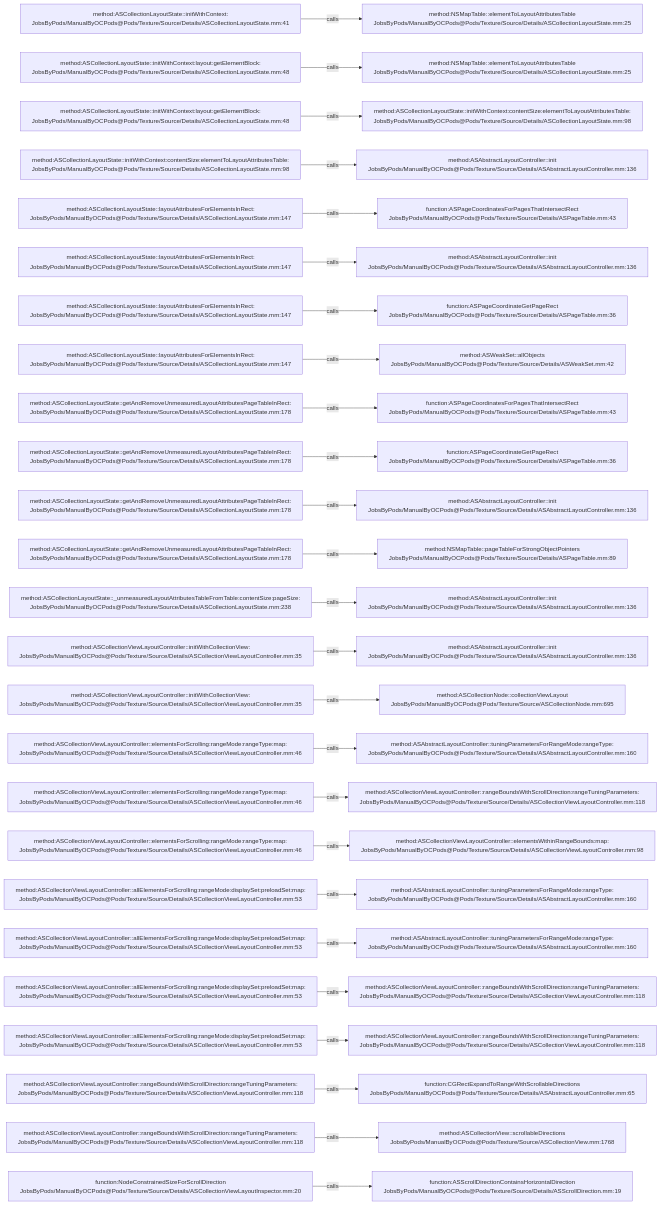
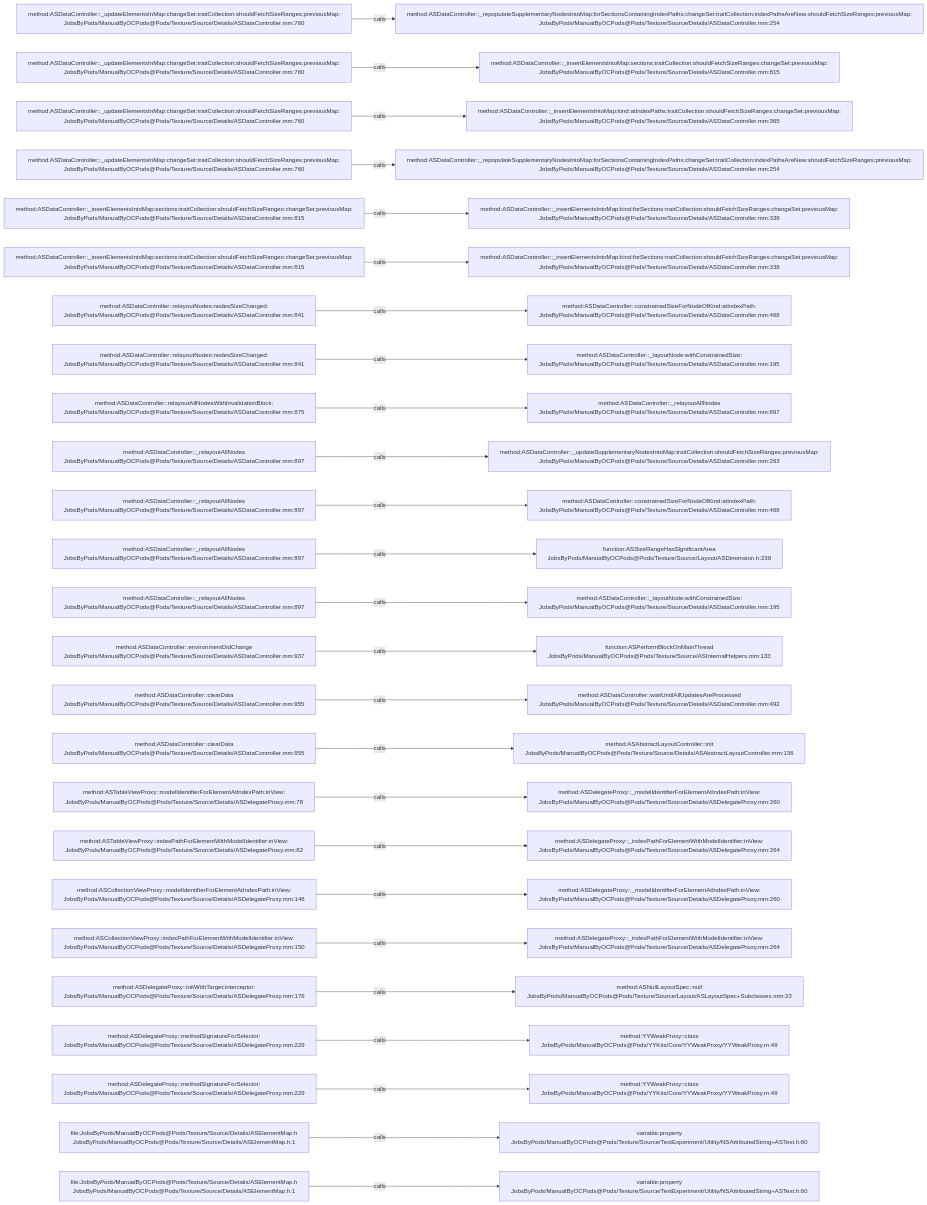
One commit to JobsKits/JobsOCBaseConfigDemo changed the diagram in .codegraph/codegraph.md/graphs/calls-154.md. Above: the diagram before and after it, drawn with Mermaid. The commit also changed 1353 other files, not shown here.

````diff
--- a/.codegraph/codegraph.md/graphs/calls-154.md
+++ b/.codegraph/codegraph.md/graphs/calls-154.md
@@ -13,78 +13,78 @@
 ```mermaid
 flowchart LR
-  S1["method:ASCollectionLayoutState::initWithContext:<br/>JobsByPods/ManualByOCPods@Pods/Texture/Source/Details/ASCollectionLayoutState.mm:41"]
-  T1["method:NSMapTable::elementToLayoutAttributesTable<br/>JobsByPods/ManualByOCPods@Pods/Texture/Source/Details/ASCollectionLayoutState.mm:25"]
+  S1["method:ASDataController::_updateElementsInMap:changeSet:traitCollection:shouldFetchSizeRanges:previousMap:<br/>JobsByPods/ManualByOCPods@Pods/Texture/Source/Details/ASDataController.mm:760"]
+  T1["method:ASDataController::_repopulateSupplementaryNodesIntoMap:forSectionsContainingIndexPaths:changeSet:traitCollection:indexPathsAreNew:shouldFetchSizeRanges:previousMap:<br/>JobsByPods/ManualByOCPods@Pods/Texture/Source/Details/ASDataController.mm:254"]
   S1 -->|calls| T1
-  S2["method:ASCollectionLayoutState::initWithContext:layout:getElementBlock:<br/>JobsByPods/ManualByOCPods@Pods/Texture/Source/Details/ASCollectionLayoutState.mm:48"]
-  T2["method:NSMapTable::elementToLayoutAttributesTable<br/>JobsByPods/ManualByOCPods@Pods/Texture/Source/Details/ASCollectionLayoutState.mm:25"]
+  S2["method:ASDataController::_updateElementsInMap:changeSet:traitCollection:shouldFetchSizeRanges:previousMap:<br/>JobsByPods/ManualByOCPods@Pods/Texture/Source/Details/ASDataController.mm:760"]
+  T2["method:ASDataController::_insertElementsIntoMap:sections:traitCollection:shouldFetchSizeRanges:changeSet:previousMap:<br/>JobsByPods/ManualByOCPods@Pods/Texture/Source/Details/ASDataController.mm:815"]
   S2 -->|calls| T2
-  S3["method:ASCollectionLayoutState::initWithContext:layout:getElementBlock:<br/>JobsByPods/ManualByOCPods@Pods/Texture/Source/Details/ASCollectionLayoutState.mm:48"]
-  T3["method:ASCollectionLayoutState::initWithContext:contentSize:elementToLayoutAttributesTable:<br/>JobsByPods/ManualByOCPods@Pods/Texture/Source/Details/ASCollectionLayoutState.mm:98"]
+  S3["method:ASDataController::_updateElementsInMap:changeSet:traitCollection:shouldFetchSizeRanges:previousMap:<br/>JobsByPods/ManualByOCPods@Pods/Texture/Source/Details/ASDataController.mm:760"]
+  T3["method:ASDataController::_insertElementsIntoMap:kind:atIndexPaths:traitCollection:shouldFetchSizeRanges:changeSet:previousMap:<br/>JobsByPods/ManualByOCPods@Pods/Texture/Source/Details/ASDataController.mm:365"]
   S3 -->|calls| T3
-  S4["method:ASCollectionLayoutState::initWithContext:contentSize:elementToLayoutAttributesTable:<br/>JobsByPods/ManualByOCPods@Pods/Texture/Source/Details/ASCollectionLayoutState.mm:98"]
-  T4["method:ASAbstractLayoutController::init<br/>JobsByPods/ManualByOCPods@Pods/Texture/Source/Details/ASAbstractLayoutController.mm:136"]
+  S4["method:ASDataController::_updateElementsInMap:changeSet:traitCollection:shouldFetchSizeRanges:previousMap:<br/>JobsByPods/ManualByOCPods@Pods/Texture/Source/Details/ASDataController.mm:760"]
+  T4["method:ASDataController::_repopulateSupplementaryNodesIntoMap:forSectionsContainingIndexPaths:changeSet:traitCollection:indexPathsAreNew:shouldFetchSizeRanges:previousMap:<br/>JobsByPods/ManualByOCPods@Pods/Texture/Source/Details/ASDataController.mm:254"]
   S4 -->|calls| T4
-  S5["method:ASCollectionLayoutState::layoutAttributesForElementsInRect:<br/>JobsByPods/ManualByOCPods@Pods/Texture/Source/Details/ASCollectionLayoutState.mm:147"]
-  T5["function:ASPageCoordinatesForPagesThatIntersectRect<br/>JobsByPods/ManualByOCPods@Pods/Texture/Source/Details/ASPageTable.mm:43"]
+  S5["method:ASDataController::_insertElementsIntoMap:sections:traitCollection:shouldFetchSizeRanges:changeSet:previousMap:<br/>JobsByPods/ManualByOCPods@Pods/Texture/Source/Details/ASDataController.mm:815"]
+  T5["method:ASDataController::_insertElementsIntoMap:kind:forSections:traitCollection:shouldFetchSizeRanges:changeSet:previousMap:<br/>JobsByPods/ManualByOCPods@Pods/Texture/Source/Details/ASDataController.mm:338"]
   S5 -->|calls| T5
-  S6["method:ASCollectionLayoutState::layoutAttributesForElementsInRect:<br/>JobsByPods/ManualByOCPods@Pods/Texture/Source/Details/ASCollectionLayoutState.mm:147"]
-  T6["method:ASAbstractLayoutController::init<br/>JobsByPods/ManualByOCPods@Pods/Texture/Source/Details/ASAbstractLayoutController.mm:136"]
+  S6["method:ASDataController::_insertElementsIntoMap:sections:traitCollection:shouldFetchSizeRanges:changeSet:previousMap:<br/>JobsByPods/ManualByOCPods@Pods/Texture/Source/Details/ASDataController.mm:815"]
+  T6["method:ASDataController::_insertElementsIntoMap:kind:forSections:traitCollection:shouldFetchSizeRanges:changeSet:previousMap:<br/>JobsByPods/ManualByOCPods@Pods/Texture/Source/Details/ASDataController.mm:338"]
   S6 -->|calls| T6
-  S7["method:ASCollectionLayoutState::layoutAttributesForElementsInRect:<br/>JobsByPods/ManualByOCPods@Pods/Texture/Source/Details/ASCollectionLayoutState.mm:147"]
-  T7["function:ASPageCoordinateGetPageRect<br/>JobsByPods/ManualByOCPods@Pods/Texture/Source/Details/ASPageTable.mm:36"]
+  S7["method:ASDataController::relayoutNodes:nodesSizeChanged:<br/>JobsByPods/ManualByOCPods@Pods/Texture/Source/Details/ASDataController.mm:841"]
+  T7["method:ASDataController::constrainedSizeForNodeOfKind:atIndexPath:<br/>JobsByPods/ManualByOCPods@Pods/Texture/Source/Details/ASDataController.mm:468"]
   S7 -->|calls| T7
-  S8["method:ASCollectionLayoutState::layoutAttributesForElementsInRect:<br/>JobsByPods/ManualByOCPods@Pods/Texture/Source/Details/ASCollectionLayoutState.mm:147"]
-  T8["method:ASWeakSet::allObjects<br/>JobsByPods/ManualByOCPods@Pods/Texture/Source/Details/ASWeakSet.mm:42"]
+  S8["method:ASDataController::relayoutNodes:nodesSizeChanged:<br/>JobsByPods/ManualByOCPods@Pods/Texture/Source/Details/ASDataController.mm:841"]
+  T8["method:ASDataController::_layoutNode:withConstrainedSize:<br/>JobsByPods/ManualByOCPods@Pods/Texture/Source/Details/ASDataController.mm:195"]
   S8 -->|calls| T8
-  S9["method:ASCollectionLayoutState::getAndRemoveUnmeasuredLayoutAttributesPageTableInRect:<br/>JobsByPods/ManualByOCPods@Pods/Texture/Source/Details/ASCollectionLayoutState.mm:178"]
-  T9["function:ASPageCoordinatesForPagesThatIntersectRect<br/>JobsByPods/ManualByOCPods@Pods/Texture/Source/Details/ASPageTable.mm:43"]
+  S9["method:ASDataController::relayoutAllNodesWithInvalidationBlock:<br/>JobsByPods/ManualByOCPods@Pods/Texture/Source/Details/ASDataController.mm:875"]
+  T9["method:ASDataController::_relayoutAllNodes<br/>JobsByPods/ManualByOCPods@Pods/Texture/Source/Details/ASDataController.mm:897"]
   S9 -->|calls| T9
-  S10["method:ASCollectionLayoutState::getAndRemoveUnmeasuredLayoutAttributesPageTableInRect:<br/>JobsByPods/ManualByOCPods@Pods/Texture/Source/Details/ASCollectionLayoutState.mm:178"]
-  T10["function:ASPageCoordinateGetPageRect<br/>JobsByPods/ManualByOCPods@Pods/Texture/Source/Details/ASPageTable.mm:36"]
+  S10["method:ASDataController::_relayoutAllNodes<br/>JobsByPods/ManualByOCPods@Pods/Texture/Source/Details/ASDataController.mm:897"]
+  T10["method:ASDataController::_updateSupplementaryNodesIntoMap:traitCollection:shouldFetchSizeRanges:previousMap:<br/>JobsByPods/ManualByOCPods@Pods/Texture/Source/Details/ASDataController.mm:293"]
   S10 -->|calls| T10
-  S11["method:ASCollectionLayoutState::getAndRemoveUnmeasuredLayoutAttributesPageTableInRect:<br/>JobsByPods/ManualByOCPods@Pods/Texture/Source/Details/ASCollectionLayoutState.mm:178"]
-  T11["method:ASAbstractLayoutController::init<br/>JobsByPods/ManualByOCPods@Pods/Texture/Source/Details/ASAbstractLayoutController.mm:136"]
+  S11["method:ASDataController::_relayoutAllNodes<br/>JobsByPods/ManualByOCPods@Pods/Texture/Source/Details/ASDataController.mm:897"]
+  T11["method:ASDataController::constrainedSizeForNodeOfKind:atIndexPath:<br/>JobsByPods/ManualByOCPods@Pods/Texture/Source/Details/ASDataController.mm:468"]
   S11 -->|calls| T11
-  S12["method:ASCollectionLayoutState::getAndRemoveUnmeasuredLayoutAttributesPageTableInRect:<br/>JobsByPods/ManualByOCPods@Pods/Texture/Source/Details/ASCollectionLayoutState.mm:178"]
-  T12["method:NSMapTable::pageTableForStrongObjectPointers<br/>JobsByPods/ManualByOCPods@Pods/Texture/Source/Details/ASPageTable.mm:89"]
+  S12["method:ASDataController::_relayoutAllNodes<br/>JobsByPods/ManualByOCPods@Pods/Texture/Source/Details/ASDataController.mm:897"]
+  T12["function:ASSizeRangeHasSignificantArea<br/>JobsByPods/ManualByOCPods@Pods/Texture/Source/Layout/ASDimension.h:239"]
   S12 -->|calls| T12
-  S13["method:ASCollectionLayoutState::_unmeasuredLayoutAttributesTableFromTable:contentSize:pageSize:<br/>JobsByPods/ManualByOCPods@Pods/Texture/Source/Details/ASCollectionLayoutState.mm:238"]
-  T13["method:ASAbstractLayoutController::init<br/>JobsByPods/ManualByOCPods@Pods/Texture/Source/Details/ASAbstractLayoutController.mm:136"]
+  S13["method:ASDataController::_relayoutAllNodes<br/>JobsByPods/ManualByOCPods@Pods/Texture/Source/Details/ASDataController.mm:897"]
+  T13["method:ASDataController::_layoutNode:withConstrainedSize:<br/>JobsByPods/ManualByOCPods@Pods/Texture/Source/Details/ASDataController.mm:195"]
   S13 -->|calls| T13
-  S14["method:ASCollectionViewLayoutController::initWithCollectionView:<br/>JobsByPods/ManualByOCPods@Pods/Texture/Source/Details/ASCollectionViewLayoutController.mm:35"]
-  T14["method:ASAbstractLayoutController::init<br/>JobsByPods/ManualByOCPods@Pods/Texture/Source/Details/ASAbstractLayoutController.mm:136"]
+  S14["method:ASDataController::environmentDidChange<br/>JobsByPods/ManualByOCPods@Pods/Texture/Source/Details/ASDataController.mm:937"]
+  T14["function:ASPerformBlockOnMainThread<br/>JobsByPods/ManualByOCPods@Pods/Texture/Source/ASInternalHelpers.mm:133"]
   S14 -->|calls| T14
-  S15["method:ASCollectionViewLayoutController::initWithCollectionView:<br/>JobsByPods/ManualByOCPods@Pods/Texture/Source/Details/ASCollectionViewLayoutController.mm:35"]
-  T15["method:ASCollectionNode::collectionViewLayout<br/>JobsByPods/ManualByOCPods@Pods/Texture/Source/ASCollectionNode.mm:695"]
+  S15["method:ASDataController::clearData<br/>JobsByPods/ManualByOCPods@Pods/Texture/Source/Details/ASDataController.mm:955"]
+  T15["method:ASDataController::waitUntilAllUpdatesAreProcessed<br/>JobsByPods/ManualByOCPods@Pods/Texture/Source/Details/ASDataController.mm:492"]
   S15 -->|calls| T15
-  S16["method:ASCollectionViewLayoutController::elementsForScrolling:rangeMode:rangeType:map:<br/>JobsByPods/ManualByOCPods@Pods/Texture/Source/Details/ASCollectionViewLayoutController.mm:46"]
-  T16["method:ASAbstractLayoutController::tuningParametersForRangeMode:rangeType:<br/>JobsByPods/ManualByOCPods@Pods/Texture/Source/Details/ASAbstractLayoutController.mm:160"]
+  S16["method:ASDataController::clearData<br/>JobsByPods/ManualByOCPods@Pods/Texture/Source/Details/ASDataController.mm:955"]
+  T16["method:ASAbstractLayoutController::init<br/>JobsByPods/ManualByOCPods@Pods/Texture/Source/Details/ASAbstractLayoutController.mm:136"]
   S16 -->|calls| T16
-  S17["method:ASCollectionViewLayoutController::elementsForScrolling:rangeMode:rangeType:map:<br/>JobsByPods/ManualByOCPods@Pods/Texture/Source/Details/ASCollectionViewLayoutController.mm:46"]
-  T17["method:ASCollectionViewLayoutController::rangeBoundsWithScrollDirection:rangeTuningParameters:<br/>JobsByPods/ManualByOCPods@Pods/Texture/Source/Details/ASCollectionViewLayoutController.mm:118"]
+  S17["method:ASTableViewProxy::modelIdentifierForElementAtIndexPath:inView:<br/>JobsByPods/ManualByOCPods@Pods/Texture/Source/Details/ASDelegateProxy.mm:78"]
+  T17["method:ASDelegateProxy::_modelIdentifierForElementAtIndexPath:inView:<br/>JobsByPods/ManualByOCPods@Pods/Texture/Source/Details/ASDelegateProxy.mm:260"]
   S17 -->|calls| T17
-  S18["method:ASCollectionViewLayoutController::elementsForScrolling:rangeMode:rangeType:map:<br/>JobsByPods/ManualByOCPods@Pods/Texture/Source/Details/ASCollectionViewLayoutController.mm:46"]
-  T18["method:ASCollectionViewLayoutController::elementsWithinRangeBounds:map:<br/>JobsByPods/ManualByOCPods@Pods/Texture/Source/Details/ASCollectionViewLayoutController.mm:98"]
+  S18["method:ASTableViewProxy::indexPathForElementWithModelIdentifier:inView:<br/>JobsByPods/ManualByOCPods@Pods/Texture/Source/Details/ASDelegateProxy.mm:82"]
+  T18["method:ASDelegateProxy::_indexPathForElementWithModelIdentifier:inView:<br/>JobsByPods/ManualByOCPods@Pods/Texture/Source/Details/ASDelegateProxy.mm:264"]
   S18 -->|calls| T18
-  S19["method:ASCollectionViewLayoutController::allElementsForScrolling:rangeMode:displaySet:preloadSet:map:<br/>JobsByPods/ManualByOCPods@Pods/Texture/Source/Details/ASCollectionViewLayoutController.mm:53"]
-  T19["method:ASAbstractLayoutController::tuningParametersForRangeMode:rangeType:<br/>JobsByPods/ManualByOCPods@Pods/Texture/Source/Details/ASAbstractLayoutController.mm:160"]
+  S19["method:ASCollectionViewProxy::modelIdentifierForElementAtIndexPath:inView:<br/>JobsByPods/ManualByOCPods@Pods/Texture/Source/Details/ASDelegateProxy.mm:146"]
+  T19["method:ASDelegateProxy::_modelIdentifierForElementAtIndexPath:inView:<br/>JobsByPods/ManualByOCPods@Pods/Texture/Source/Details/ASDelegateProxy.mm:260"]
   S19 -->|calls| T19
-  S20["method:ASCollectionViewLayoutController::allElementsForScrolling:rangeMode:displaySet:preloadSet:map:<br/>JobsByPods/ManualByOCPods@Pods/Texture/Source/Details/ASCollectionViewLayoutController.mm:53"]
-  T20["method:ASAbstractLayoutController::tuningParametersForRangeMode:rangeType:<br/>JobsByPods/ManualByOCPods@Pods/Texture/Source/Details/ASAbstractLayoutController.mm:160"]
+  S20["method:ASCollectionViewProxy::indexPathForElementWithModelIdentifier:inView:<br/>JobsByPods/ManualByOCPods@Pods/Texture/Source/Details/ASDelegateProxy.mm:150"]
+  T20["method:ASDelegateProxy::_indexPathForElementWithModelIdentifier:inView:<br/>JobsByPods/ManualByOCPods@Pods/Texture/Source/Details/ASDelegateProxy.mm:264"]
   S20 -->|calls| T20
-  S21["method:ASCollectionViewLayoutController::allElementsForScrolling:rangeMode:displaySet:preloadSet:map:<br/>JobsByPods/ManualByOCPods@Pods/Texture/Source/Details/ASCollectionViewLayoutController.mm:53"]
-  T21["method:ASCollectionViewLayoutController::rangeBoundsWithScrollDirection:rangeTuningParameters:<br/>JobsByPods/ManualByOCPods@Pods/Texture/Source/Details/ASCollectionViewLayoutController.mm:118"]
+  S21["method:ASDelegateProxy::initWithTarget:interceptor:<br/>JobsByPods/ManualByOCPods@Pods/Texture/Source/Details/ASDelegateProxy.mm:176"]
+  T21["method:ASNullLayoutSpec::null<br/>JobsByPods/ManualByOCPods@Pods/Texture/Source/Layout/ASLayoutSpec+Subclasses.mm:23"]
   S21 -->|calls| T21
-  S22["method:ASCollectionViewLayoutController::allElementsForScrolling:rangeMode:displaySet:preloadSet:map:<br/>JobsByPods/ManualByOCPods@Pods/Texture/Source/Details/ASCollectionViewLayoutController.mm:53"]
-  T22["method:ASCollectionViewLayoutController::rangeBoundsWithScrollDirection:rangeTuningParameters:<br/>JobsByPods/ManualByOCPods@Pods/Texture/Source/Details/ASCollectionViewLayoutController.mm:118"]
+  S22["method:ASDelegateProxy::methodSignatureForSelector:<br/>JobsByPods/ManualByOCPods@Pods/Texture/Source/Details/ASDelegateProxy.mm:229"]
+  T22["method:YYWeakProxy::class<br/>JobsByPods/ManualByOCPods@Pods/YYKits/Core/YYWeakProxy/YYWeakProxy.m:49"]
   S22 -->|calls| T22
-  S23["method:ASCollectionViewLayoutController::rangeBoundsWithScrollDirection:rangeTuningParameters:<br/>JobsByPods/ManualByOCPods@Pods/Texture/Source/Details/ASCollectionViewLayoutController.mm:118"]
-  T23["function:CGRectExpandToRangeWithScrollableDirections<br/>JobsByPods/ManualByOCPods@Pods/Texture/Source/Details/ASAbstractLayoutController.mm:65"]
+  S23["method:ASDelegateProxy::methodSignatureForSelector:<br/>JobsByPods/ManualByOCPods@Pods/Texture/Source/Details/ASDelegateProxy.mm:229"]
+  T23["method:YYWeakProxy::class<br/>JobsByPods/ManualByOCPods@Pods/YYKits/Core/YYWeakProxy/YYWeakProxy.m:49"]
   S23 -->|calls| T23
-  S24["method:ASCollectionViewLayoutController::rangeBoundsWithScrollDirection:rangeTuningParameters:<br/>JobsByPods/ManualByOCPods@Pods/Texture/Source/Details/ASCollectionViewLayoutController.mm:118"]
-  T24["method:ASCollectionView::scrollableDirections<br/>JobsByPods/ManualByOCPods@Pods/Texture/Source/ASCollectionView.mm:1768"]
+  S24["file:JobsByPods/ManualByOCPods@Pods/Texture/Source/Details/ASElementMap.h<br/>JobsByPods/ManualByOCPods@Pods/Texture/Source/Details/ASElementMap.h:1"]
+  T24["variable:property<br/>JobsByPods/ManualByOCPods@Pods/Texture/Source/TextExperiment/Utility/NSAttributedString+ASText.h:60"]
   S24 -->|calls| T24
-  S25["function:NodeConstrainedSizeForScrollDirection<br/>JobsByPods/ManualByOCPods@Pods/Texture/Source/Details/ASCollectionViewLayoutInspector.mm:20"]
-  T25["function:ASScrollDirectionContainsHorizontalDirection<br/>JobsByPods/ManualByOCPods@Pods/Texture/Source/Details/ASScrollDirection.mm:19"]
+  S25["file:JobsByPods/ManualByOCPods@Pods/Texture/Source/Details/ASElementMap.h<br/>JobsByPods/ManualByOCPods@Pods/Texture/Source/Details/ASElementMap.h:1"]
+  T25["variable:property<br/>JobsByPods/ManualByOCPods@Pods/Texture/Source/TextExperiment/Utility/NSAttributedString+ASText.h:60"]
   S25 -->|calls| T25
 ```
````
